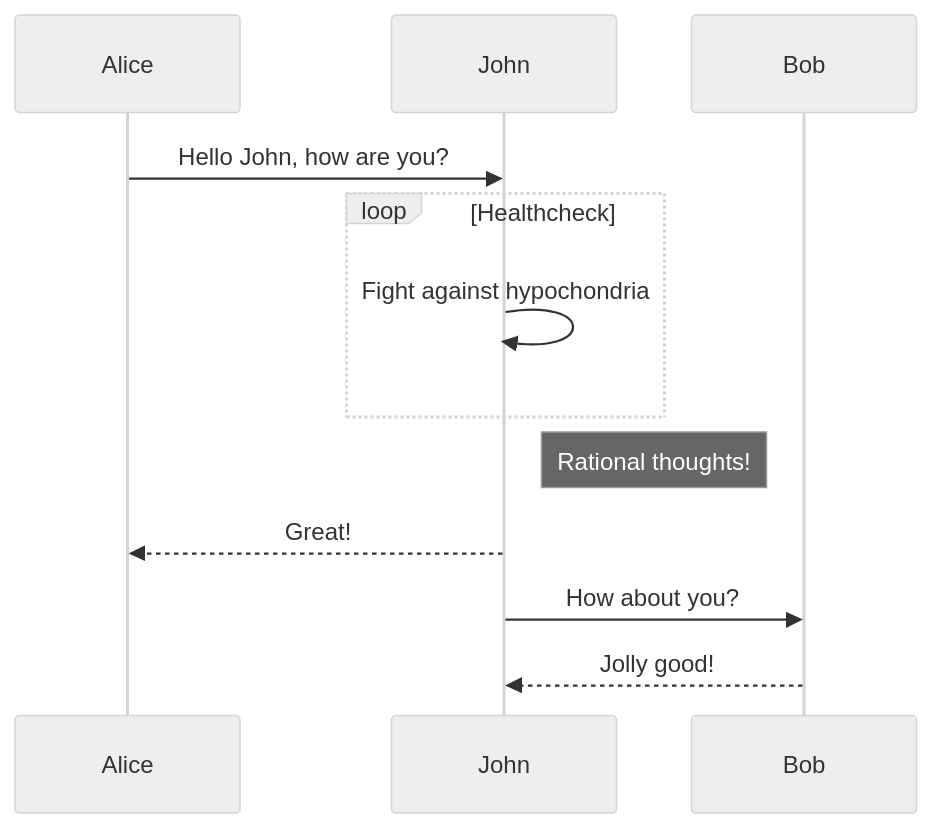
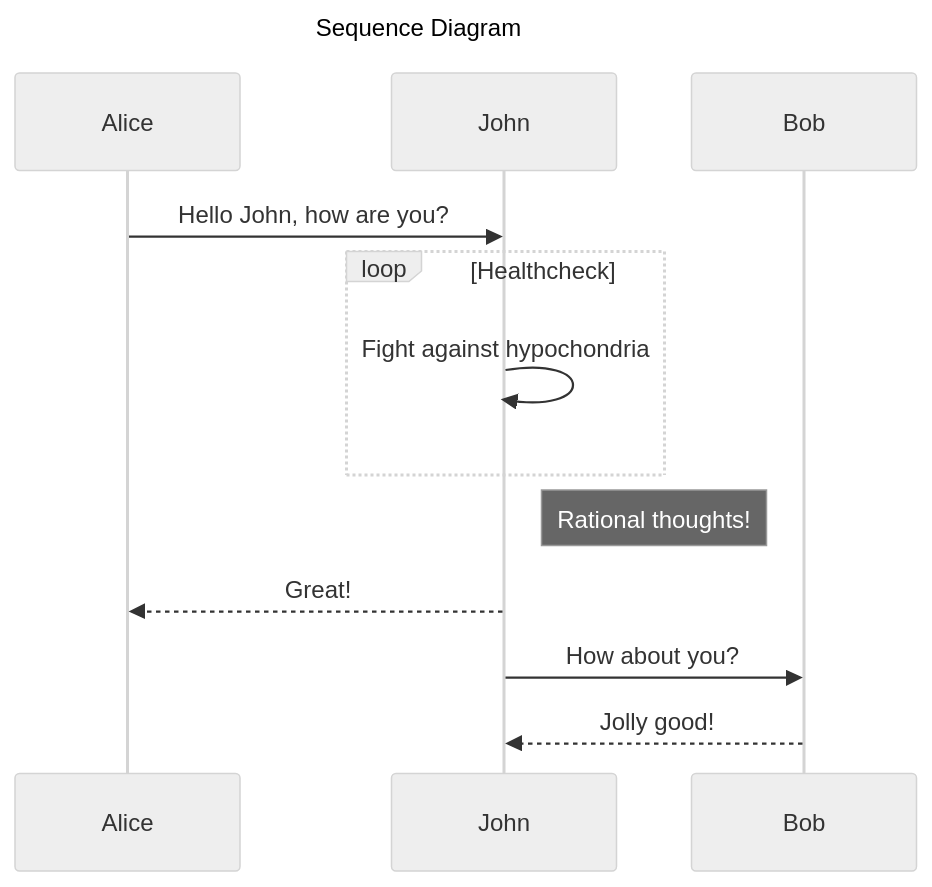
The seventh of 8 diagrams in docs/mermaid.md (jcouball/notes), drawn with Mermaid (neutral theme) before and after one commit. The commit also changed other lines of this file and 1 other file, not shown here.

Commit message:
Update Mermaid examples (#13)

````diff
--- a/docs/mermaid.md
+++ b/docs/mermaid.md
@@ -106,11 +135,14 @@
 ``` mermaid
+---
+title: Sequence Diagram
+---
 sequenceDiagram
   Alice->>John: Hello John, how are you?
   loop Healthcheck
       John->>John: Fight against hypochondria
   end
   Note right of John: Rational thoughts!
   John-->>Alice: Great!
   John->>Bob: How about you?
   Bob-->>John: Jolly good!
 ```
````
